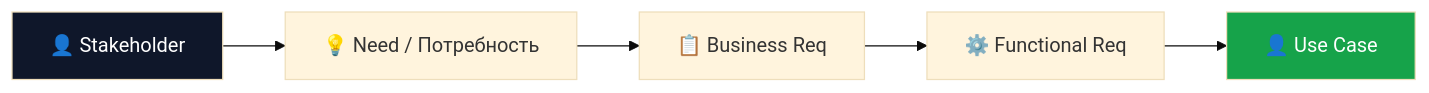
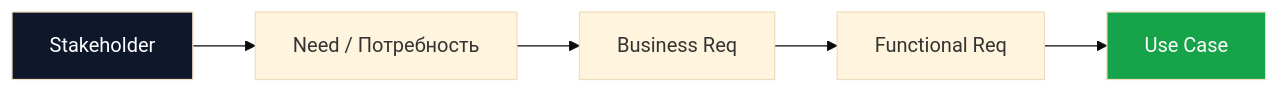
The second of 2 diagrams in docs/ru/requirements/stakeholders.md (Yn1ro/pocket-garage), drawn with Mermaid (base theme) before and after one commit. The commit also changed other lines of this file, not shown here.

````diff
--- a/docs/ru/requirements/stakeholders.md
+++ b/docs/ru/requirements/stakeholders.md
@@ -196,11 +196,11 @@
 ```mermaid
 graph LR
-    ST[👤 Stakeholder] --> Need[💡 Need / Потребность]
-    Need --> BR[📋 Business Req]
-    BR --> FR[⚙️ Functional Req]
-    FR --> UC[👤 Use Case]
+    ST[ Stakeholder] --> Need[ Need / Потребность]
+    Need --> BR[ Business Req]
+    BR --> FR[ Functional Req]
+    FR --> UC[ Use Case]
 
     style ST fill:#0f172a,color:#fff
     style UC fill:#16a34a,color:#fff
 
 ```
````
